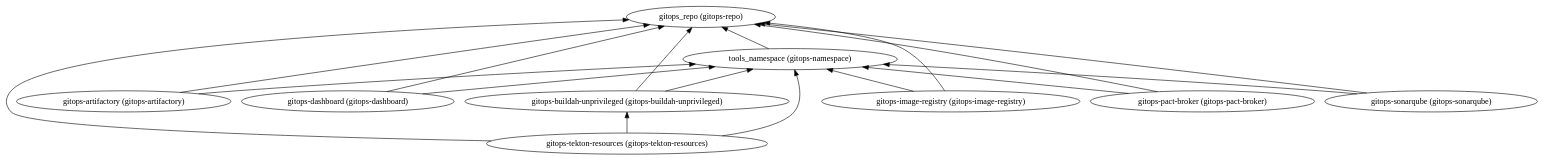
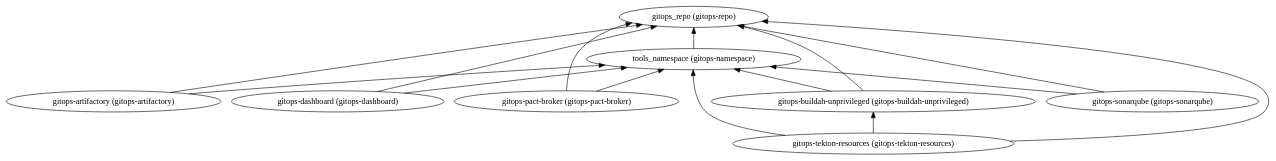
Before and after one commit to IBM/automation-ibmcloud-infra-openshift: the diagram in 1-quickstart/220-dev-tools/dependencies.dot, drawn with Graphviz. The commit also changed 4 other files, not shown here.

Commit message:
Removes image-registry from the dev-tools bom

```diff
--- a/1-quickstart/220-dev-tools/dependencies.dot
+++ b/1-quickstart/220-dev-tools/dependencies.dot
@@ -1,28 +1,25 @@
 digraph {
     rankdir="BT"
     "gitops-artifactory (gitops-artifactory)" -> "gitops_repo (gitops-repo)"
 "gitops-artifactory (gitops-artifactory)" -> "tools_namespace (gitops-namespace)"
 "gitops-artifactory (gitops-artifactory)"
 "gitops_repo (gitops-repo)"
 "tools_namespace (gitops-namespace)" -> "gitops_repo (gitops-repo)"
 "tools_namespace (gitops-namespace)"
 "gitops-dashboard (gitops-dashboard)" -> "gitops_repo (gitops-repo)"
 "gitops-dashboard (gitops-dashboard)" -> "tools_namespace (gitops-namespace)"
 "gitops-dashboard (gitops-dashboard)"
-"gitops-image-registry (gitops-image-registry)" -> "gitops_repo (gitops-repo)"
-"gitops-image-registry (gitops-image-registry)" -> "tools_namespace (gitops-namespace)"
-"gitops-image-registry (gitops-image-registry)"
 "gitops-pact-broker (gitops-pact-broker)" -> "gitops_repo (gitops-repo)"
 "gitops-pact-broker (gitops-pact-broker)" -> "tools_namespace (gitops-namespace)"
 "gitops-pact-broker (gitops-pact-broker)"
 "gitops-sonarqube (gitops-sonarqube)" -> "gitops_repo (gitops-repo)"
 "gitops-sonarqube (gitops-sonarqube)" -> "tools_namespace (gitops-namespace)"
 "gitops-sonarqube (gitops-sonarqube)"
 "gitops-tekton-resources (gitops-tekton-resources)" -> "gitops_repo (gitops-repo)"
 "gitops-tekton-resources (gitops-tekton-resources)" -> "tools_namespace (gitops-namespace)"
 "gitops-tekton-resources (gitops-tekton-resources)" -> "gitops-buildah-unprivileged (gitops-buildah-unprivileged)"
 "gitops-tekton-resources (gitops-tekton-resources)"
 "gitops-buildah-unprivileged (gitops-buildah-unprivileged)" -> "gitops_repo (gitops-repo)"
 "gitops-buildah-unprivileged (gitops-buildah-unprivileged)" -> "tools_namespace (gitops-namespace)"
 "gitops-buildah-unprivileged (gitops-buildah-unprivileged)"
   }
```
